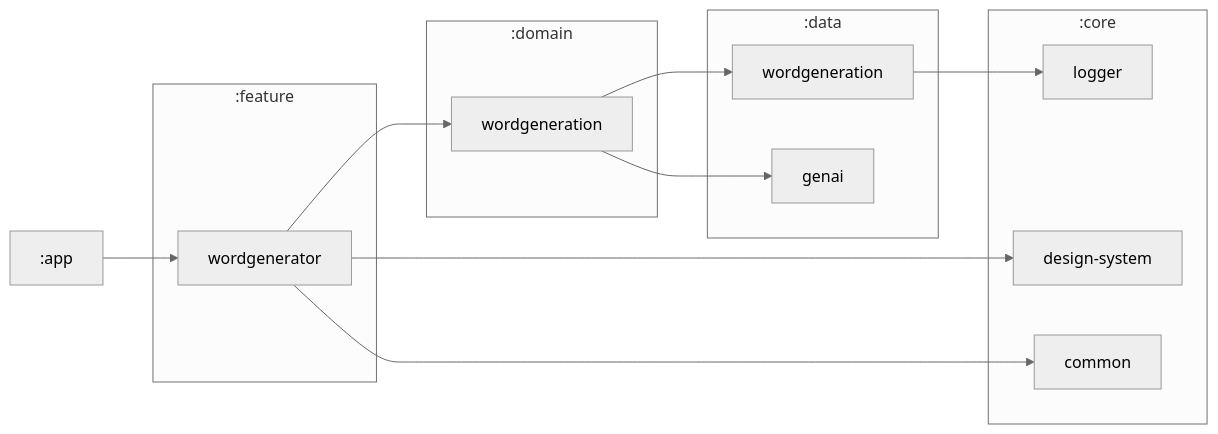
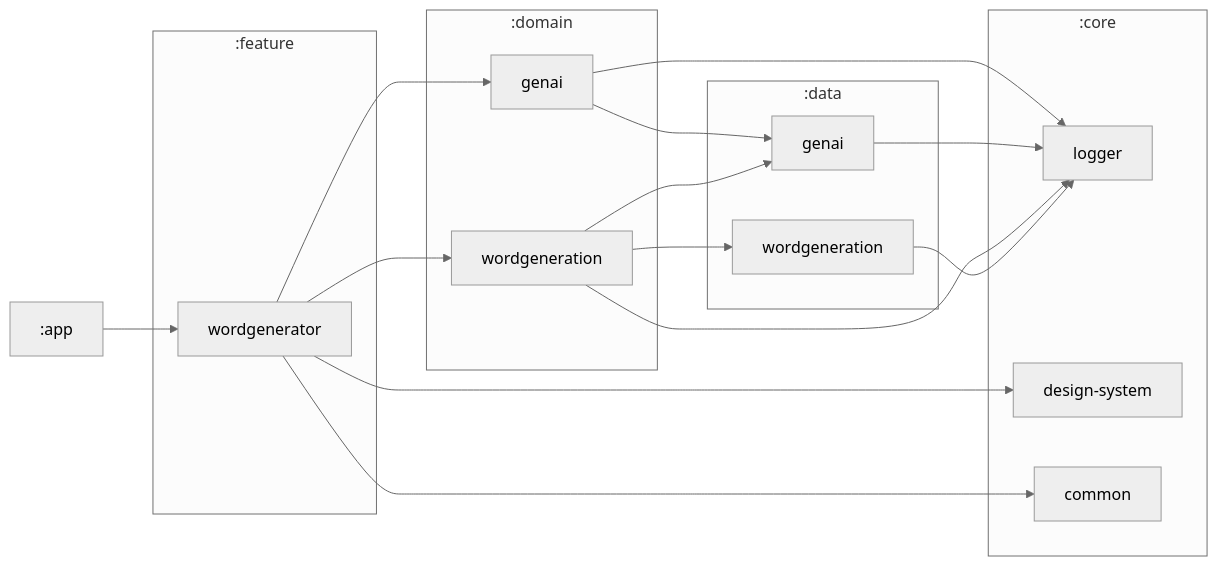
One commit to IrinUvis/yuzu changed the diagram in documentation/module-graph.md. Above: the diagram before and after it, drawn with Mermaid. The commit also changed 72 other files, not shown here.

````diff
--- a/documentation/module-graph.md
+++ b/documentation/module-graph.md
@@ -3,31 +3,37 @@
 ```mermaid
 %%{
   init: {
     'theme': 'neutral'
   }
 }%%
 
 graph LR
   subgraph :core
     :core:logger["logger"]
     :core:design-system["design-system"]
     :core:common["common"]
   end
   subgraph :data
+    :data:genai["genai"]
     :data:wordgeneration["wordgeneration"]
-    :data:genai["genai"]
   end
   subgraph :domain
+    :domain:genai["genai"]
     :domain:wordgeneration["wordgeneration"]
   end
   subgraph :feature
     :feature:wordgenerator["wordgenerator"]
   end
+  :domain:genai --> :data:genai
+  :domain:genai --> :core:logger
+  :app --> :feature:wordgenerator
+  :data:genai --> :core:logger
   :domain:wordgeneration --> :data:wordgeneration
   :domain:wordgeneration --> :data:genai
+  :domain:wordgeneration --> :core:logger
   :data:wordgeneration --> :core:logger
-  :app --> :feature:wordgenerator
   :feature:wordgenerator --> :core:design-system
   :feature:wordgenerator --> :domain:wordgeneration
+  :feature:wordgenerator --> :domain:genai
   :feature:wordgenerator --> :core:common
 ```
````
